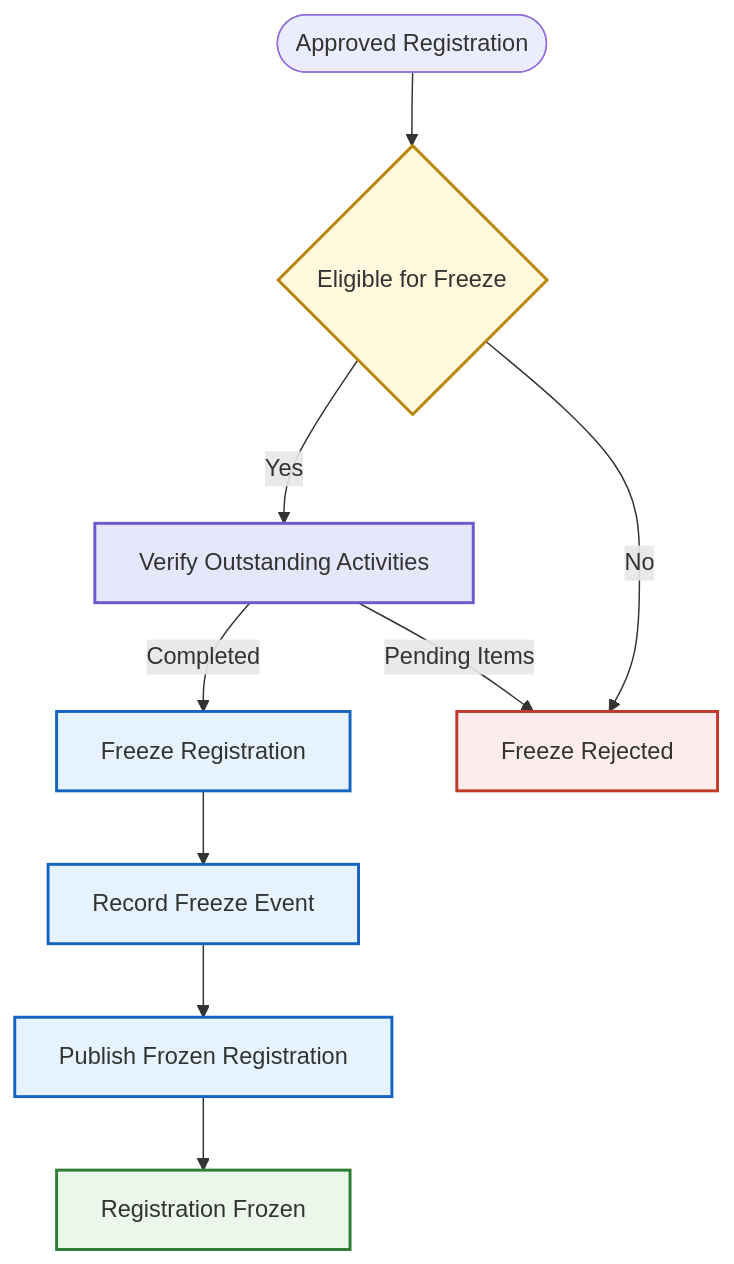
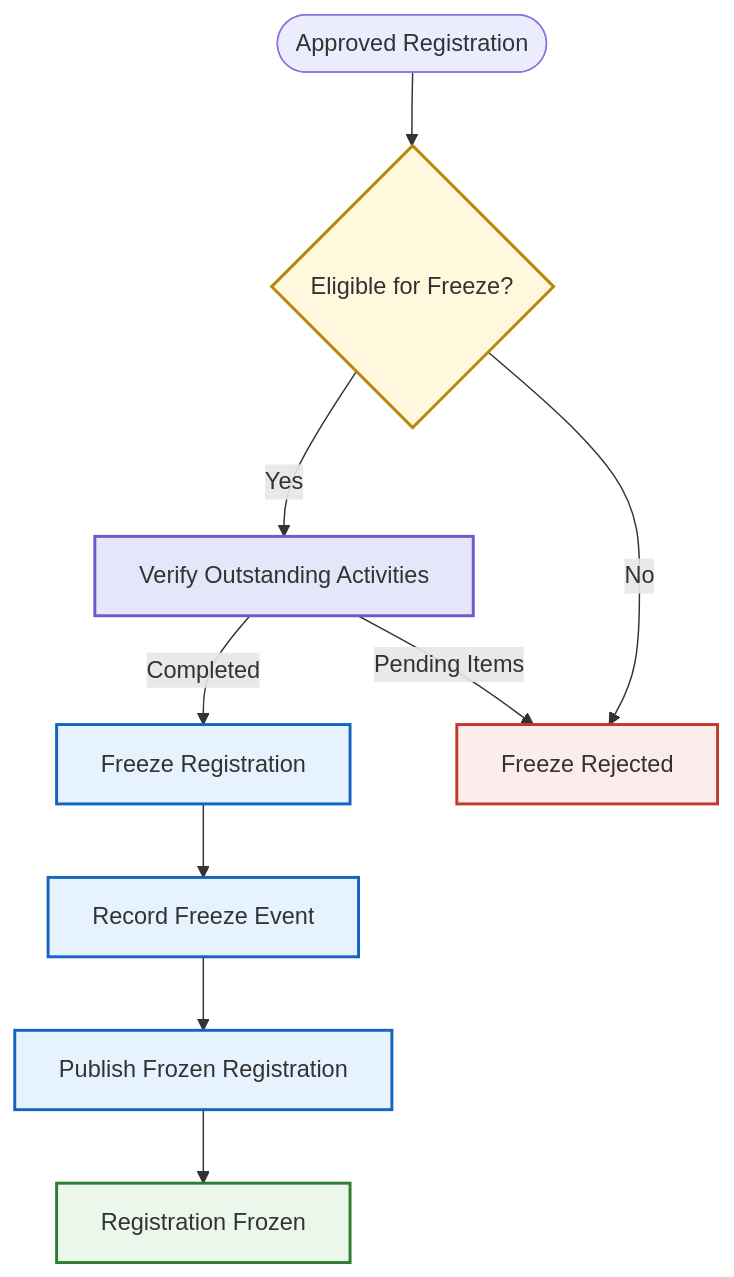
Diagram 13 of 28 in architecture/L2_Domain_Workflow_Architecture/section-c/L2-C03_Student_Academic_Registration_Workflows.md (Varad1604/ERP_hark), drawn with Mermaid before and after one commit. The commit also changed other lines of this file and 39 other files, not shown here.

````diff
--- a/architecture/L2_Domain_Workflow_Architecture/section-c/L2-C03_Student_Academic_Registration_Workflows.md
+++ b/architecture/L2_Domain_Workflow_Architecture/section-c/L2-C03_Student_Academic_Registration_Workflows.md
@@ -6045,47 +6046,47 @@
 ```mermaid
 flowchart TD
 
     START([Approved Registration])
 
-    CHECK{"Eligible for Freeze"}
+    CHECK{"Eligible for Freeze?"}
 
     VERIFY["Verify Outstanding Activities"]
 
     FREEZE["Freeze Registration"]
 
     AUDIT["Record Freeze Event"]
 
     PUBLISH["Publish Frozen Registration"]
 
     COMPLETE["Registration Frozen"]
 
     REJECT["Freeze Rejected"]
 
     START --> CHECK
 
     CHECK -->|Yes| VERIFY
     CHECK -->|No| REJECT
 
     VERIFY -->|Completed| FREEZE
     VERIFY -->|Pending Items| REJECT
 
     FREEZE --> AUDIT
 
     AUDIT --> PUBLISH
 
     PUBLISH --> COMPLETE
 
     %% Styling
 
     style CHECK fill:#FFF8DC,stroke:#B8860B,stroke-width:2px
 
     style VERIFY fill:#E6E6FA,stroke:#6A5ACD,stroke-width:2px
 
     style FREEZE fill:#E6F3FF,stroke:#1565C0,stroke-width:2px
     style AUDIT fill:#E6F3FF,stroke:#1565C0,stroke-width:2px
     style PUBLISH fill:#E6F3FF,stroke:#1565C0,stroke-width:2px
 
     style COMPLETE fill:#EAF7EA,stroke:#2E7D32,stroke-width:2px
 
     style REJECT fill:#FDECEC,stroke:#C0392B,stroke-width:2px
 ```
````
